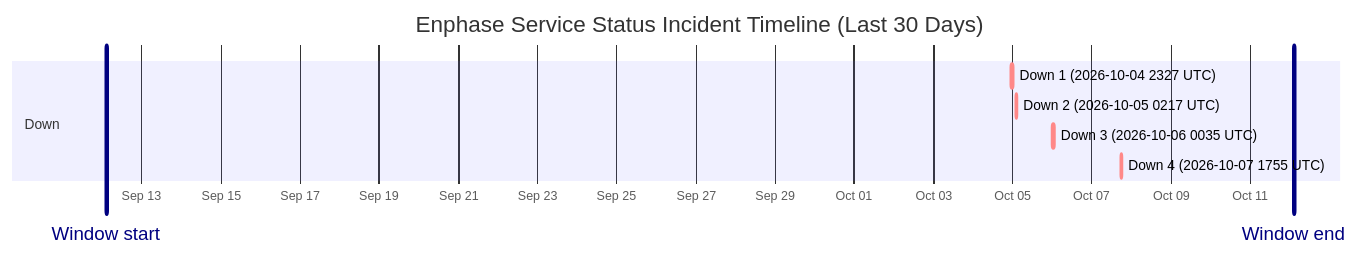
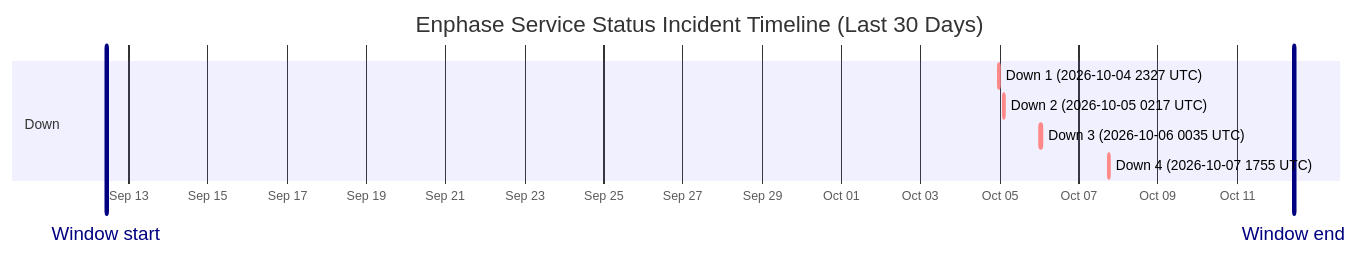
Before and after one commit to barneyonline/ha-enphase-energy: the diagram in wiki/Service-Status-History.md, drawn with Mermaid. The commit also changed other lines of this file and 3 other files, not shown here.

````diff
--- a/wiki/Service-Status-History.md
+++ b/wiki/Service-Status-History.md
@@ -14,13 +14,13 @@
 ```mermaid
 gantt
     title Enphase Service Status Incident Timeline (Last 30 Days)
     dateFormat  YYYY-MM-DDTHH:mm:ss
     axisFormat  %b %d
-    Window start :vert, window-start, 2026-09-12T02:33:47, 0ms
-    Window end :vert, window-end, 2026-10-12T02:33:47, 0ms
+    Window start :vert, window-start, 2026-09-12T10:14:52, 0ms
+    Window end :vert, window-end, 2026-10-12T10:14:52, 0ms
     section Down
     Down 1 (2026-10-04 2327 UTC) :crit, down-1, 2026-10-04T23:27:34, 60m
     Down 2 (2026-10-05 0217 UTC) :crit, down-2, 2026-10-05T02:17:30, 60m
     Down 3 (2026-10-06 0035 UTC) :crit, down-3, 2026-10-06T00:35:21, 60m
     Down 4 (2026-10-07 1755 UTC) :crit, down-4, 2026-10-07T17:55:16, 60m
 ```
````
